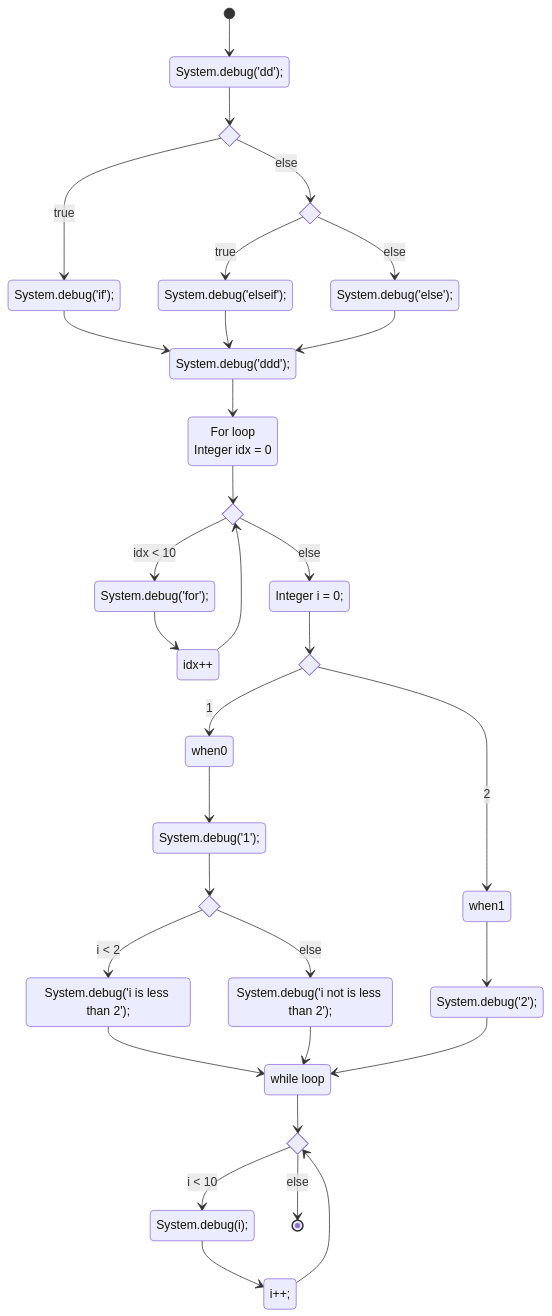
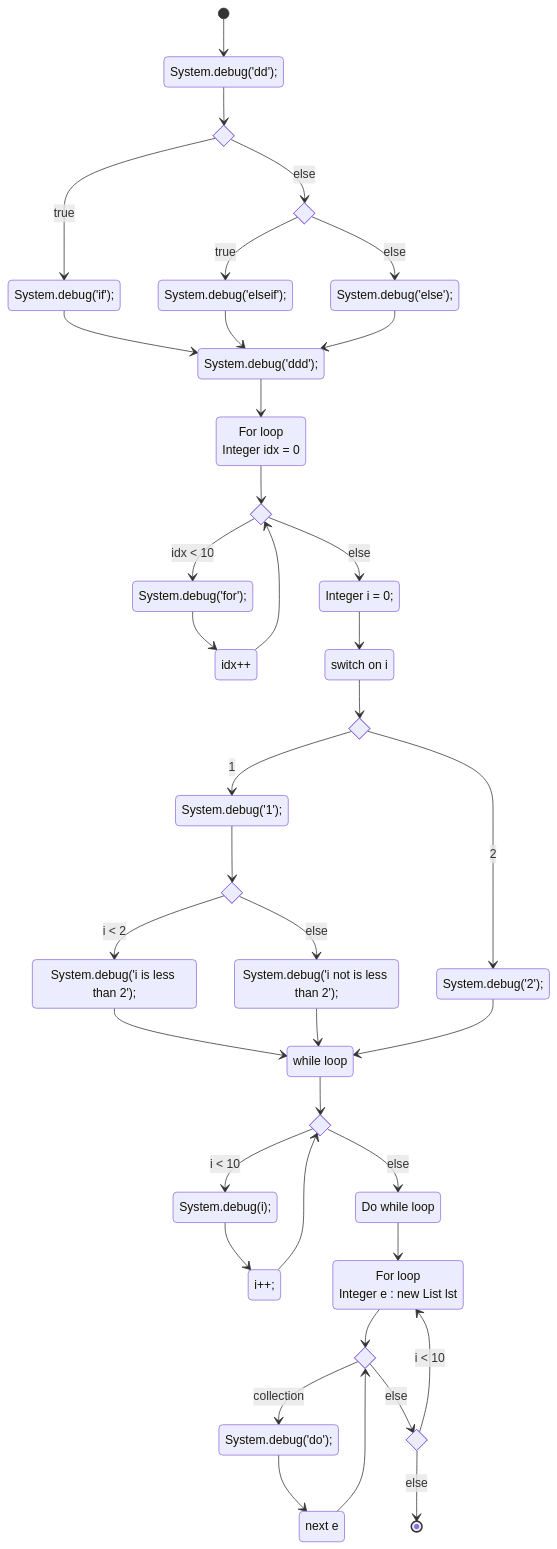
Before and after one commit to shuntaro-sf/sfdx-apex-doc: the diagram in README.md, drawn with Mermaid. The commit also changed other lines of this file and 2 other files, not shown here.

Commit message:
build: enabled do while loop

````diff
--- a/README.md
+++ b/README.md
@@ -345,7 +349,8 @@
 state " idx++" as ex6
 state "
     Integer i = 0;" as ex7
-state switch0 <<choice>>
+state "switch on i " as switch0
+state whenswitch0 <<choice>>
 state "
         System.debug('1');" as ex8
 state if5 <<choice>>
@@ -361,6 +366,14 @@
       System.debug(i);" as ex12
 state "
       i++;" as ex13
+state "Do while loop" as doWhile0
+state "For loop
+Integer e : new List<Integer> lst" as for1
+state if11 <<choice>>
+state "
+        System.debug('do');" as ex14
+state "next e" as ex15
+state if9 <<choice>>
 [*] --> ex0
 ex0 --> if0
 if0 --> ex1 : true
@@ -377,19 +390,26 @@
 ex5 --> ex6
 ex6 --> if3
 ex7 --> switch0
-switch0 --> when0 : 1
-when0 --> ex8
+switch0 --> whenswitch0
+whenswitch0 --> ex8 : 1
 ex8 --> if5
 if5 --> ex9 : i < 2
 if5 --> ex10 : else
 ex9 --> while0
 ex10 --> while0
-switch0 --> when1 : 2
-when1 --> ex11
+whenswitch0 --> ex11 : 2
 ex11 --> while0
 while0 --> if7
 if7 --> ex12 : i < 10
-if7 --> [*] : else
+if7 --> doWhile0 : else
 ex12 --> ex13
 ex13 --> if7
+doWhile0 --> for1
+for1 --> if11
+if11 --> ex14 : collection
+if11 --> if9 : else
+ex14 --> ex15
+ex15 --> if11
+if9 --> for1 : i < 10
+if9 --> [*] : else
 ```
````
